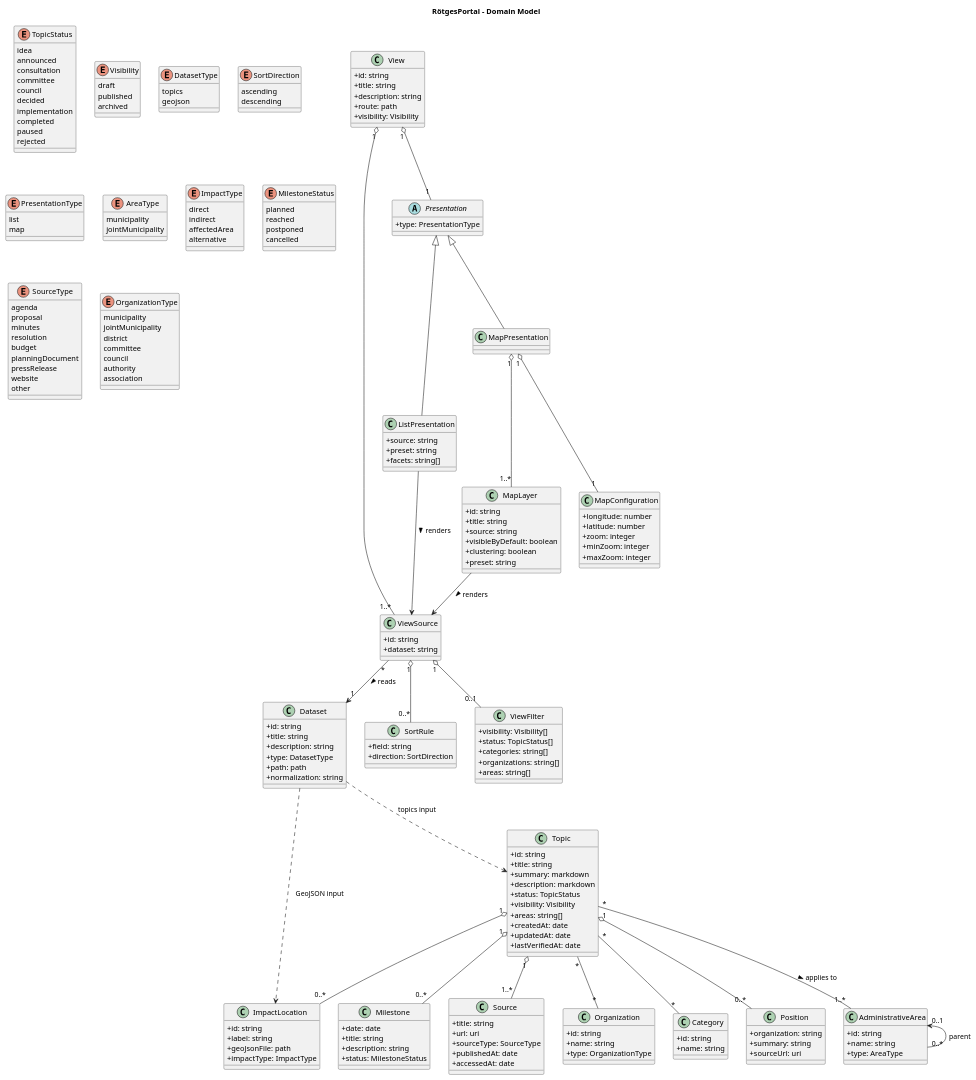
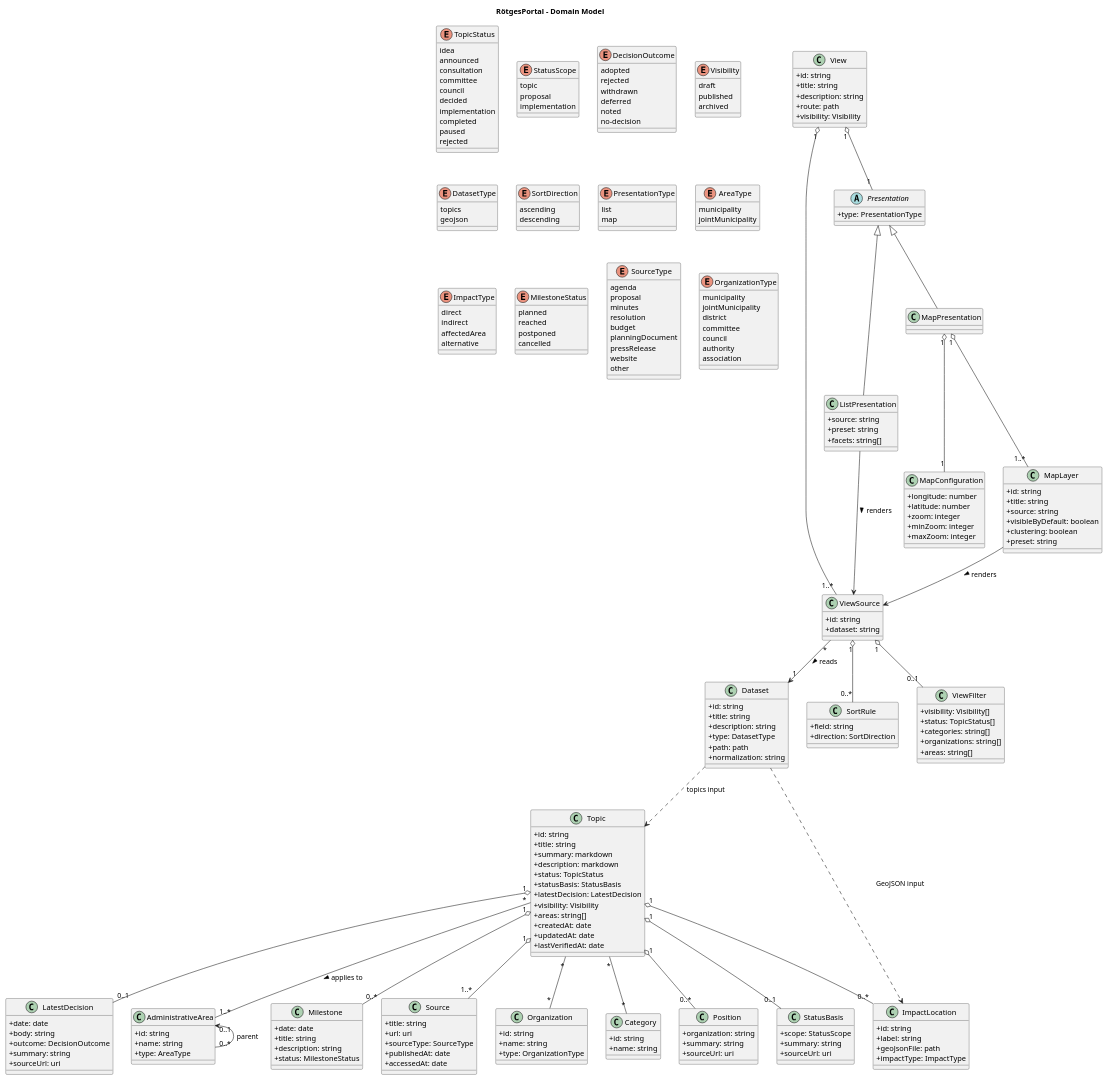
The diagram in docs/architecture/domain-model.puml (codeWithDEI/RoetgesPortal), drawn with PlantUML before and after one commit. The commit also changed 115 other files, not shown here.

Commit message:
Separate topic phases from decision outcomes

```diff
--- a/docs/architecture/domain-model.puml
+++ b/docs/architecture/domain-model.puml
@@ -10,6 +10,8 @@
   +summary: markdown
   +description: markdown
   +status: TopicStatus
+  +statusBasis: StatusBasis
+  +latestDecision: LatestDecision
   +visibility: Visibility
   +areas: string[]
   +createdAt: date
@@ -28,6 +30,35 @@
   completed
   paused
   rejected
+}
+
+class StatusBasis {
+  +scope: StatusScope
+  +summary: string
+  +sourceUrl: uri
+}
+
+enum StatusScope {
+  topic
+  proposal
+  implementation
+}
+
+class LatestDecision {
+  +date: date
+  +body: string
+  +outcome: DecisionOutcome
+  +summary: string
+  +sourceUrl: uri
+}
+
+enum DecisionOutcome {
+  adopted
+  rejected
+  withdrawn
+  deferred
+  noted
+  no-decision
 }
 
 enum Visibility {
@@ -202,6 +233,8 @@
 }
 
 Topic "1" o-- "0..*" ImpactLocation
+Topic "1" o-- "0..1" StatusBasis
+Topic "1" o-- "0..1" LatestDecision
 Topic "*" -- "1..*" AdministrativeArea : applies to >
 AdministrativeArea "0..1" <-- "0..*" AdministrativeArea : parent
 Topic "1" o-- "0..*" Milestone
```
